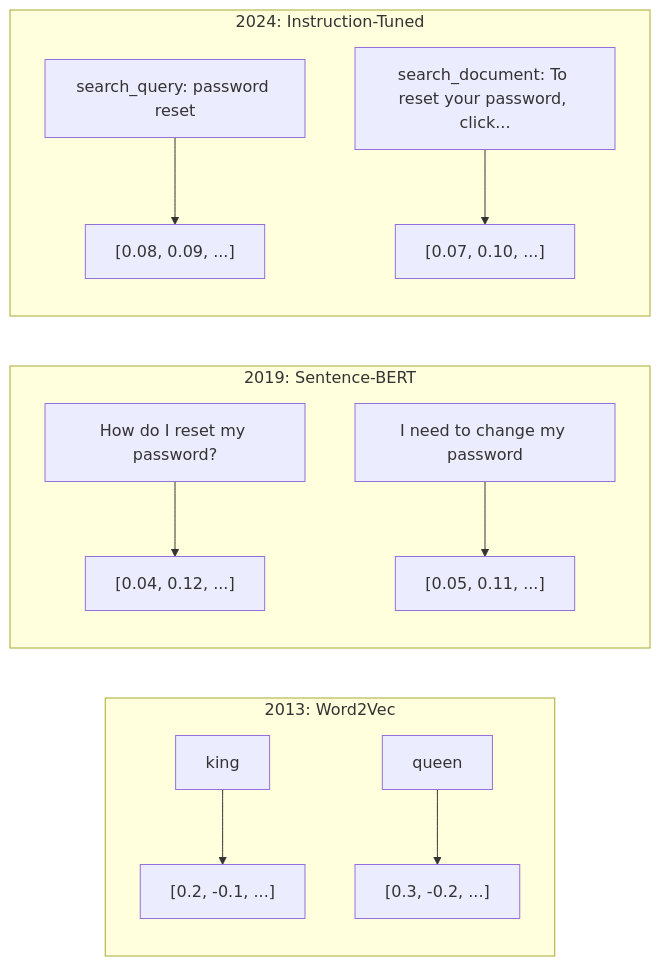
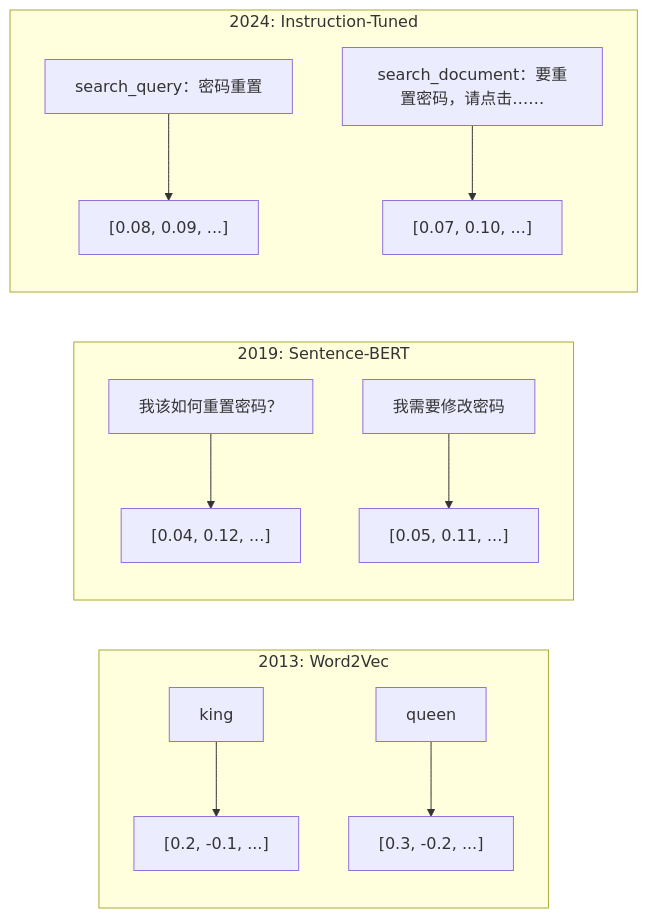
The first of 3 diagrams in phases/11-llm-engineering/04-embeddings/docs/zh.md (JerryC8080/ai-engineering-from-scratch-zh), drawn with Mermaid before and after one commit. The commit also changed other lines of this file and 156 other files, not shown here.

First line of the commit message:
i18n(zh): translate mermaid diagram labels in 157 lesson zh.md

````diff
--- a/phases/11-llm-engineering/04-embeddings/docs/zh.md
+++ b/phases/11-llm-engineering/04-embeddings/docs/zh.md
@@ -64,17 +64,17 @@
 ```mermaid
 graph LR
     subgraph "2013: Word2Vec"
         W1["king"] --> V1["[0.2, -0.1, ...]"]
         W2["queen"] --> V2["[0.3, -0.2, ...]"]
     end
 
     subgraph "2019: Sentence-BERT"
-        S1["How do I reset my password?"] --> E1["[0.04, 0.12, ...]"]
-        S2["I need to change my password"] --> E2["[0.05, 0.11, ...]"]
+        S1["我该如何重置密码？"] --> E1["[0.04, 0.12, ...]"]
+        S2["我需要修改密码"] --> E2["[0.05, 0.11, ...]"]
     end
 
     subgraph "2024: Instruction-Tuned"
-        I1["search_query: password reset"] --> T1["[0.08, 0.09, ...]"]
-        I2["search_document: To reset your password, click..."] --> T2["[0.07, 0.10, ...]"]
+        I1["search_query：密码重置"] --> T1["[0.08, 0.09, ...]"]
+        I2["search_document：要重置密码，请点击……"] --> T2["[0.07, 0.10, ...]"]
     end
 ```
````
